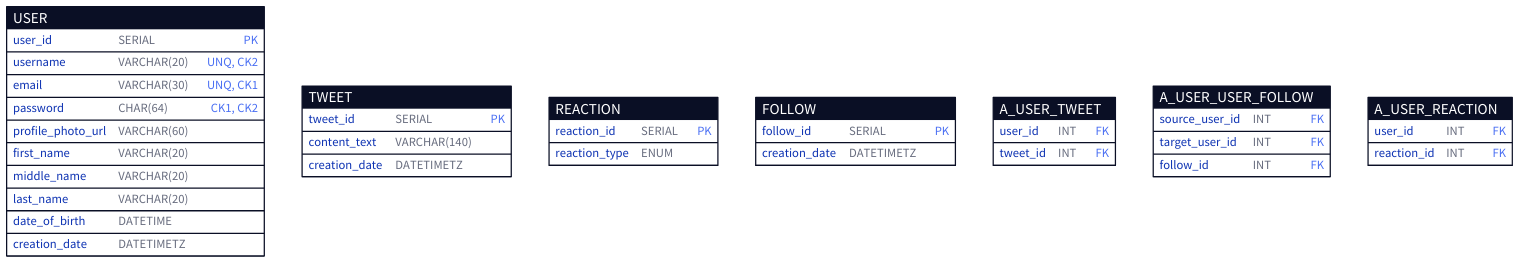
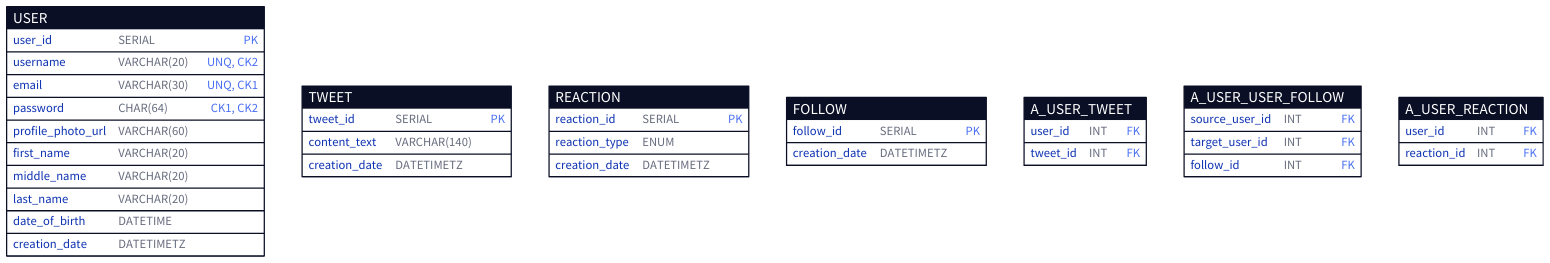
Before and after one commit to utkusarioglu/system-design-workshop: the diagram in src/twitter-like/diagrams/lib/entity.d2, drawn with D2. The commit also changed 2 other files, not shown here.

```diff
--- a/src/twitter-like/diagrams/lib/entity.d2
+++ b/src/twitter-like/diagrams/lib/entity.d2
@@ -1,67 +1,68 @@
 USER: {
   shape: sql_table
   class: __entity_strong__
 
   user_id: SERIAL {constraint: PK}
 
   username: VARCHAR(20) {constraint: UNQ, CK2}
   email: VARCHAR(30) {constraint: UNQ, CK1}
   password: CHAR(64) {constraint: CK1, CK2}
 
   profile_photo_url: VARCHAR(60)
   first_name: VARCHAR(20)
   middle_name: VARCHAR(20)
   last_name: VARCHAR(20)
   date_of_birth: DATETIME
   creation_date: DATETIMETZ
 }
 
 TWEET: {
   shape: sql_table
   class: __entity_strong__
 
   tweet_id: SERIAL {constraint: PK}
   content_text: VARCHAR(140)
   creation_date: DATETIMETZ
 }
 
 REACTION: {
   shape: sql_table
   class: __entity_weak__
 
   reaction_id: SERIAL {constraint: PK}
   reaction_type: ENUM
+  creation_date: DATETIMETZ
 }
 
 FOLLOW: {
   shape: sql_table
   class: __entity_weak__
 
   follow_id: SERIAL {constraint: PK}
   creation_date: DATETIMETZ
 }
 
 A_USER_TWEET: {
   shape: sql_table
   class: __entity_associative__
 
   user_id: INT {constraint: FK}
   tweet_id: INT {constraint: FK}
 }
 
 A_USER_USER_FOLLOW: {
   shape: sql_table
   class: __entity_associative__
 
   source_user_id: INT {constraint: FK}
   target_user_id: INT {constraint: FK}
   follow_id: INT {constraint: FK}
 }
 
 A_USER_REACTION: {
   shape: sql_table
   class: __entity_associative__
 
   user_id: INT {constraint: FK}
   reaction_id: INT {constraint: FK}
 }
```
